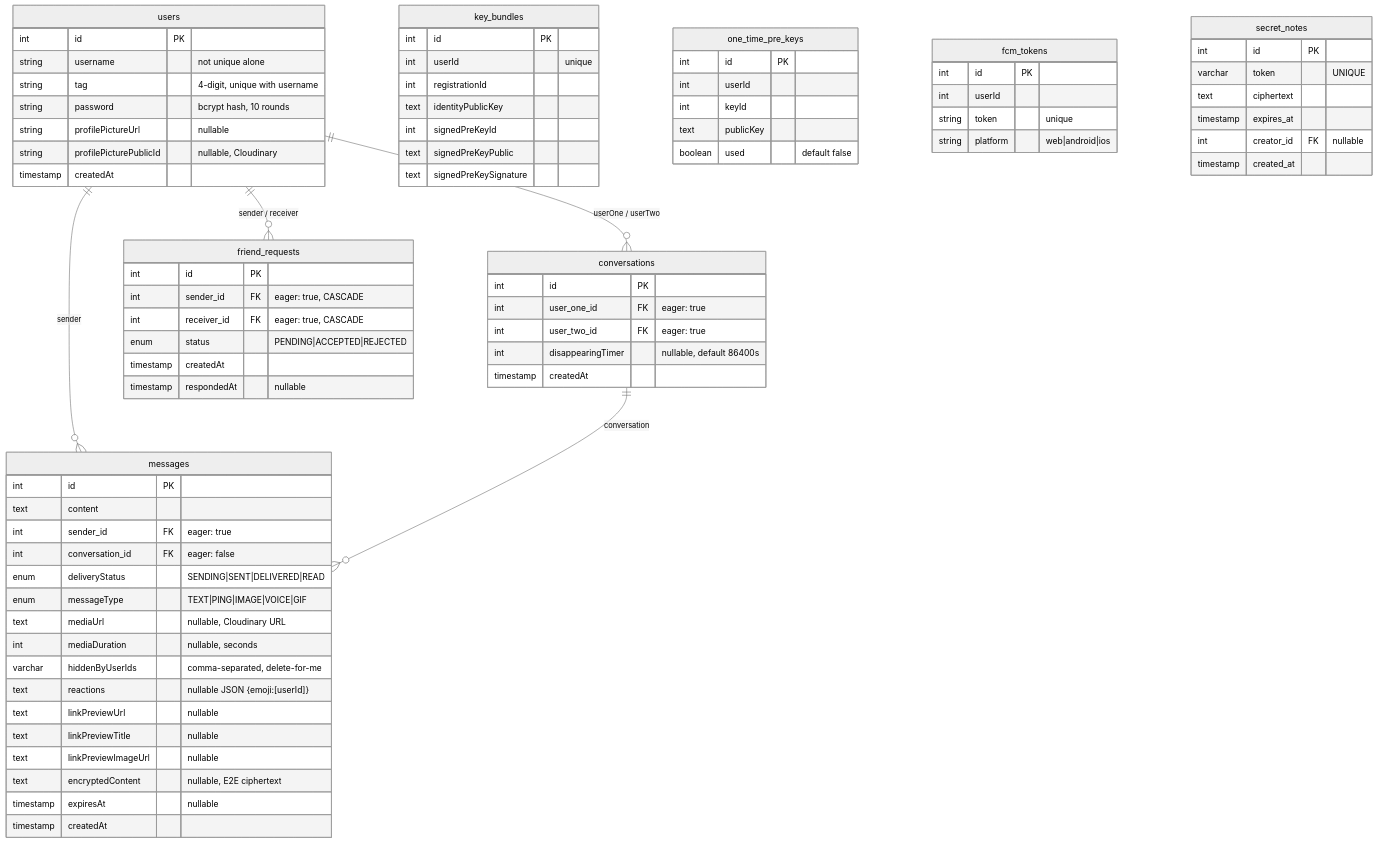
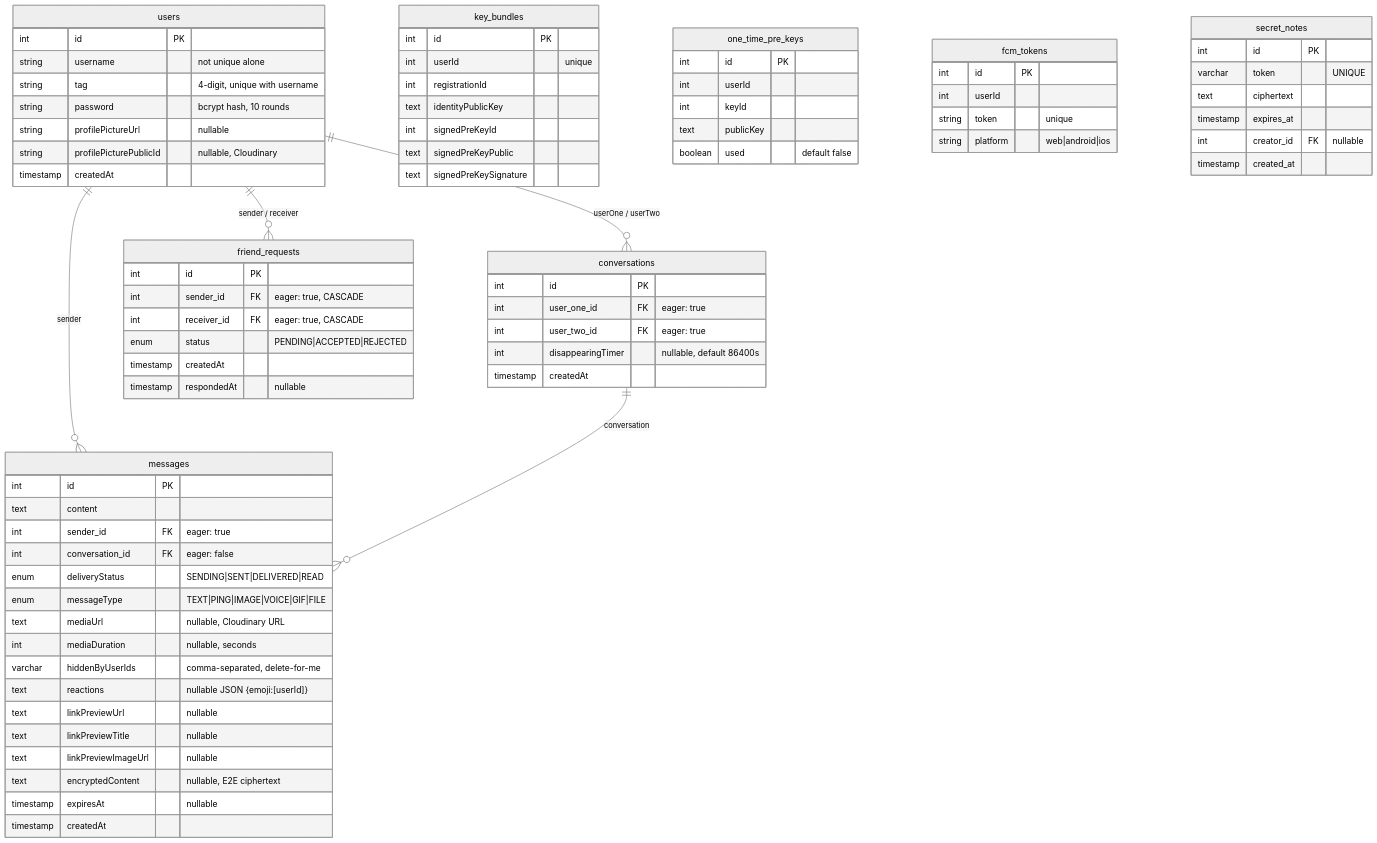
The second of 2 diagrams in CLAUDE.md (Lentach/Fireplace), drawn with Mermaid (neutral theme) before and after one commit. The commit also changed other lines of this file and 30 other files, not shown here.

```diff
--- a/CLAUDE.md
+++ b/CLAUDE.md
@@ -210,7 +210,7 @@
         int sender_id FK "eager: true"
         int conversation_id FK "eager: false"
         enum deliveryStatus "SENDING|SENT|DELIVERED|READ"
-        enum messageType "TEXT|PING|IMAGE|VOICE|GIF"
+        enum messageType "TEXT|PING|IMAGE|VOICE|GIF|FILE"
         text mediaUrl "nullable, Cloudinary URL"
         int mediaDuration "nullable, seconds"
         varchar hiddenByUserIds "comma-separated, delete-for-me"
```
